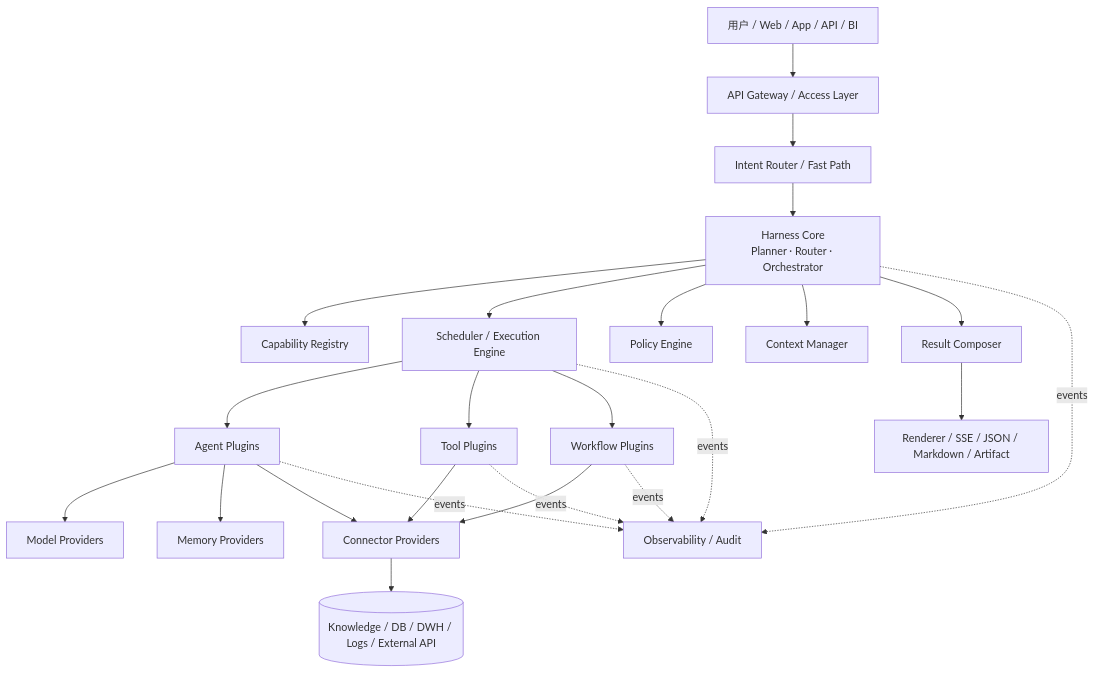
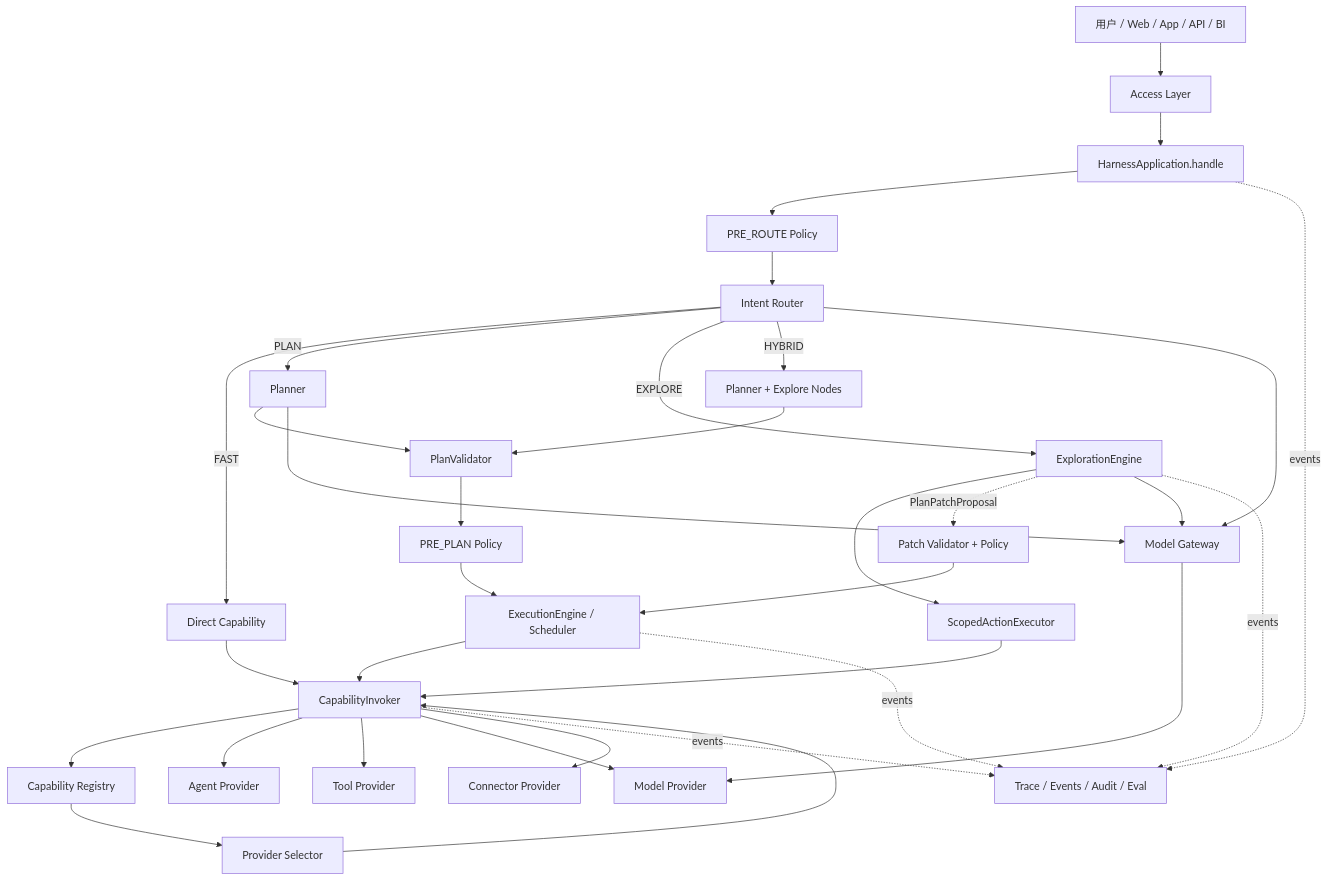
The diagram in .design/Harness-Agent_通用可插拔智能体平台架构设计_修订版.md (westbrook0904/FinanceClaw), drawn with Mermaid before and after one commit. The commit also changed other lines of this file and 3 other files, not shown here.

````diff
--- a/.design/Harness-Agent_通用可插拔智能体平台架构设计_修订版.md
+++ b/.design/Harness-Agent_通用可插拔智能体平台架构设计_修订版.md
@@ -101,32 +130,45 @@
 ```mermaid
 flowchart TB
-    U[用户 / Web / App / API / BI] --> G[API Gateway / Access Layer]
-    G --> R[Intent Router / Fast Path]
-    R --> H[Harness Core\nPlanner · Router · Orchestrator]
+    U[用户 / Web / App / API / BI] --> G[Access Layer]
+    G --> H[HarnessApplication.handle]
 
-    H --> REG[Capability Registry]
-    H --> SCH[Scheduler / Execution Engine]
-    H --> POL[Policy Engine]
-    H --> CTX[Context Manager]
-    H --> CMP[Result Composer]
+    H --> RP[PRE_ROUTE Policy]
+    RP --> R[Intent Router]
 
-    SCH --> A[Agent Plugins]
-    SCH --> T[Tool Plugins]
-    SCH --> W[Workflow Plugins]
+    R -->|FAST| F[Direct Capability]
+    R -->|PLAN| P[Planner]
+    R -->|EXPLORE| X[ExplorationEngine]
+    R -->|HYBRID| HP[Planner + Explore Nodes]
 
-    A --> MP[Model Providers]
-    A --> MEM[Memory Providers]
-    A --> CONN[Connector Providers]
-    T --> CONN
-    W --> CONN
+    P --> PV[PlanValidator]
+    HP --> PV
+    PV --> PE[PRE_PLAN Policy]
+    PE --> SCH[ExecutionEngine / Scheduler]
 
-    CONN --> D[(Knowledge / DB / DWH / Logs / External API)]
+    F --> INV[CapabilityInvoker]
+    SCH --> INV
+    X --> SAE[ScopedActionExecutor]
+    SAE --> INV
 
-    H -.events.-> OBS[Observability / Audit]
-    SCH -.events.-> OBS
-    A -.events.-> OBS
-    T -.events.-> OBS
-    W -.events.-> OBS
+    X -. PlanPatchProposal .-> PATCH[Patch Validator + Policy]
+    PATCH --> SCH
 
-    CMP --> OUT[Renderer / SSE / JSON / Markdown / Artifact]
+    INV --> REG[Capability Registry]
+    REG --> SEL[Provider Selector]
+    SEL --> INV
+
+    INV --> A[Agent Provider]
+    INV --> T[Tool Provider]
+    INV --> M[Model Provider]
+    INV --> C[Connector Provider]
+
+    X --> MG[Model Gateway]
+    P --> MG
+    R --> MG
+    MG --> M
+
+    H -. events .-> OBS[Trace / Events / Audit / Eval]
+    SCH -. events .-> OBS
+    INV -. events .-> OBS
+    X -. events .-> OBS
 ```
````
